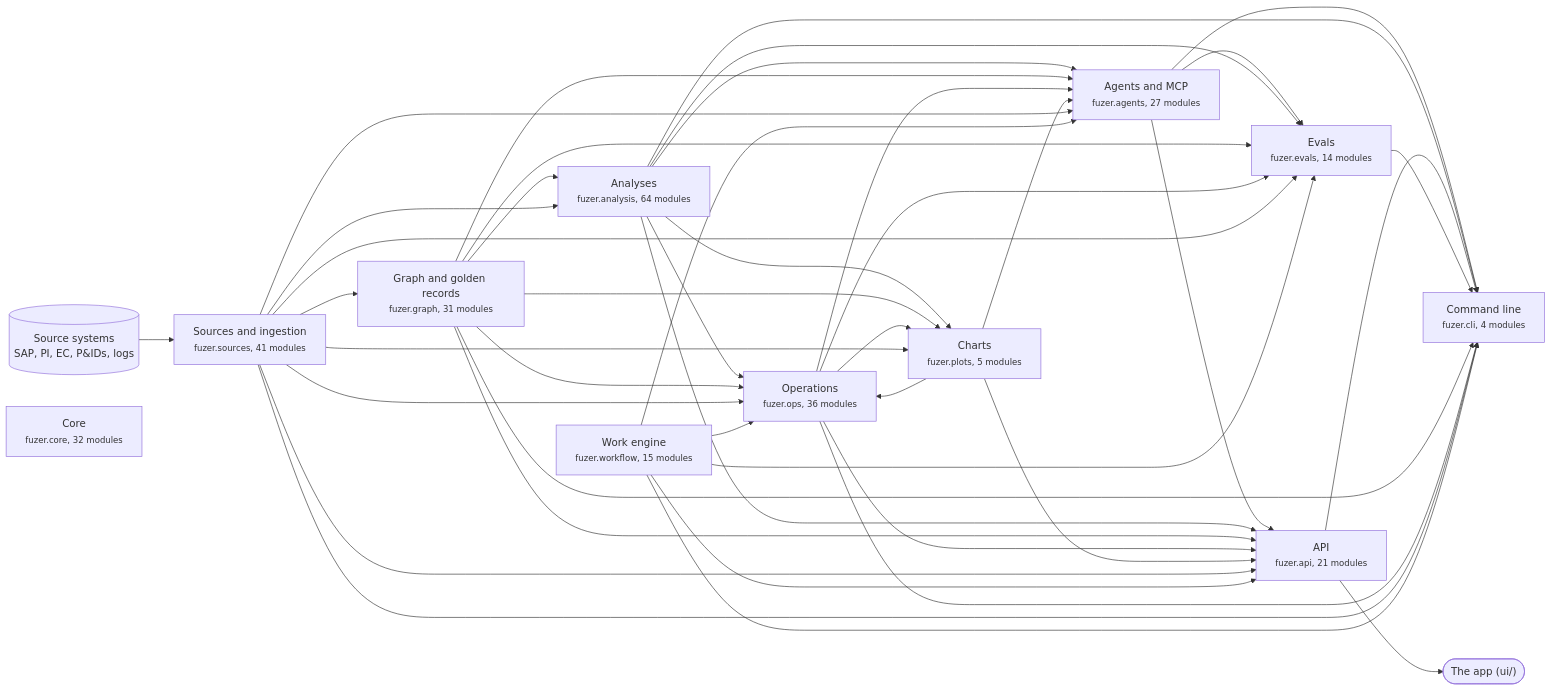
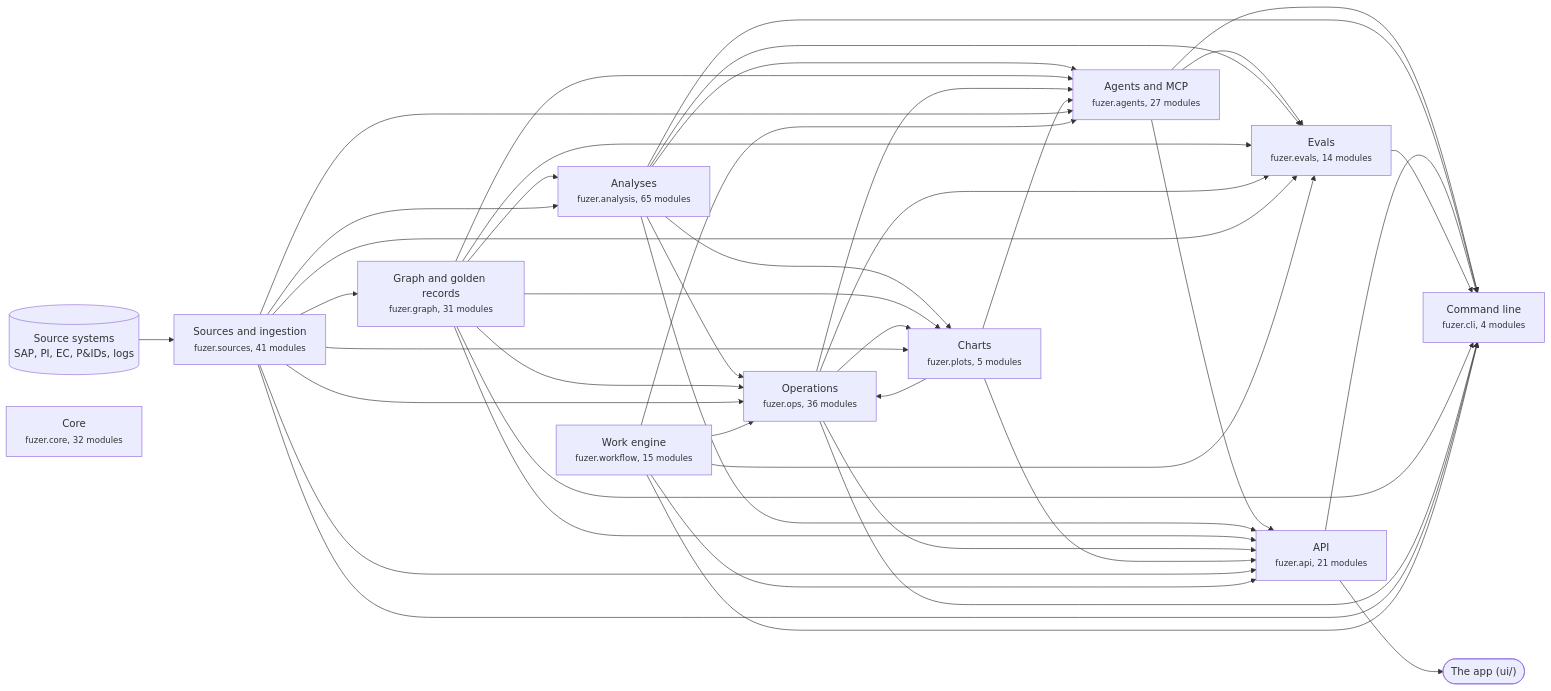
The first of 3 diagrams in docs/architecture.md (areed145/fuzer), drawn with Mermaid before and after one commit. The commit also changed other lines of this file and 12 other files, not shown here.

````diff
--- a/docs/architecture.md
+++ b/docs/architecture.md
@@ -8,67 +8,67 @@
 ```mermaid
 flowchart LR
   systems[("Source systems<br>SAP, PI, EC, P&IDs, logs")] --> c_sources
   app(["The app (ui/)"])
   c_api --> app
   c_sources["Sources and ingestion<br><small>fuzer.sources, 41 modules</small>"]
   c_graph["Graph and golden records<br><small>fuzer.graph, 31 modules</small>"]
-  c_analysis["Analyses<br><small>fuzer.analysis, 64 modules</small>"]
+  c_analysis["Analyses<br><small>fuzer.analysis, 65 modules</small>"]
   c_ops["Operations<br><small>fuzer.ops, 36 modules</small>"]
   c_plots["Charts<br><small>fuzer.plots, 5 modules</small>"]
   c_workflow["Work engine<br><small>fuzer.workflow, 15 modules</small>"]
   c_agents["Agents and MCP<br><small>fuzer.agents, 27 modules</small>"]
   c_evals["Evals<br><small>fuzer.evals, 14 modules</small>"]
   c_api["API<br><small>fuzer.api, 21 modules</small>"]
   c_cli["Command line<br><small>fuzer.cli, 4 modules</small>"]
   c_core["Core<br><small>fuzer.core, 32 modules</small>"]
   c_sources --> c_graph
   c_graph --> c_analysis
   c_sources --> c_analysis
   c_analysis --> c_ops
   c_graph --> c_ops
   c_plots --> c_ops
   c_sources --> c_ops
   c_workflow --> c_ops
   c_analysis --> c_plots
   c_graph --> c_plots
   c_ops --> c_plots
   c_sources --> c_plots
   c_analysis --> c_agents
   c_graph --> c_agents
   c_ops --> c_agents
   c_plots --> c_agents
   c_sources --> c_agents
   c_workflow --> c_agents
   c_agents --> c_evals
   c_analysis --> c_evals
   c_graph --> c_evals
   c_ops --> c_evals
   c_sources --> c_evals
   c_workflow --> c_evals
   c_agents --> c_api
   c_analysis --> c_api
   c_graph --> c_api
   c_ops --> c_api
   c_plots --> c_api
   c_sources --> c_api
   c_workflow --> c_api
   c_agents --> c_cli
   c_analysis --> c_cli
   c_api --> c_cli
   c_evals --> c_cli
   c_graph --> c_cli
   c_ops --> c_cli
   c_sources --> c_cli
   c_workflow --> c_cli
   click c_sources "https://github.com/areed145/fuzer/tree/main/src/fuzer/sources"
   click c_graph "https://github.com/areed145/fuzer/tree/main/src/fuzer/graph"
   click c_analysis "https://github.com/areed145/fuzer/tree/main/src/fuzer/analysis"
   click c_ops "https://github.com/areed145/fuzer/tree/main/src/fuzer/ops"
   click c_plots "https://github.com/areed145/fuzer/tree/main/src/fuzer/plots"
   click c_workflow "https://github.com/areed145/fuzer/tree/main/src/fuzer/workflow"
   click c_agents "https://github.com/areed145/fuzer/tree/main/src/fuzer/agents"
   click c_evals "https://github.com/areed145/fuzer/tree/main/src/fuzer/evals"
   click c_api "https://github.com/areed145/fuzer/tree/main/src/fuzer/api"
   click c_cli "https://github.com/areed145/fuzer/tree/main/src/fuzer/cli"
   click c_core "https://github.com/areed145/fuzer/tree/main/src/fuzer/core"
 ```
````
